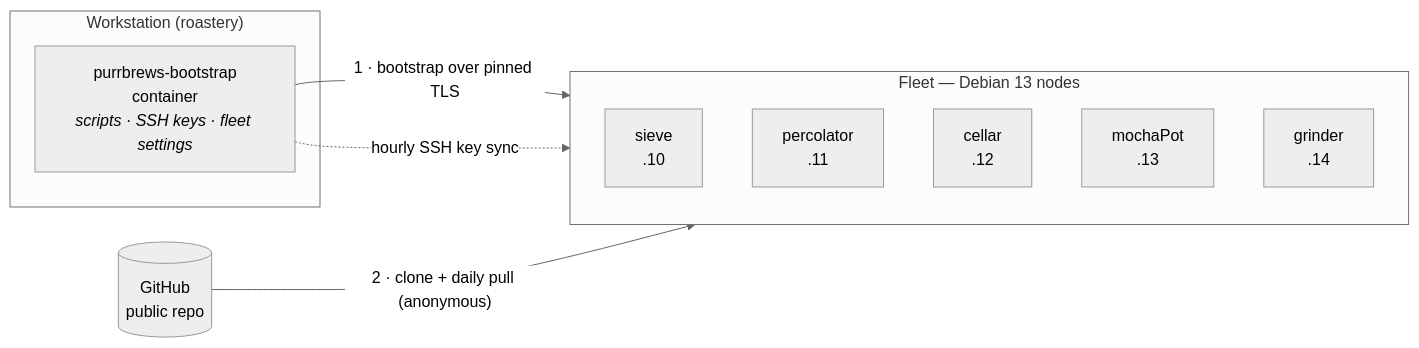
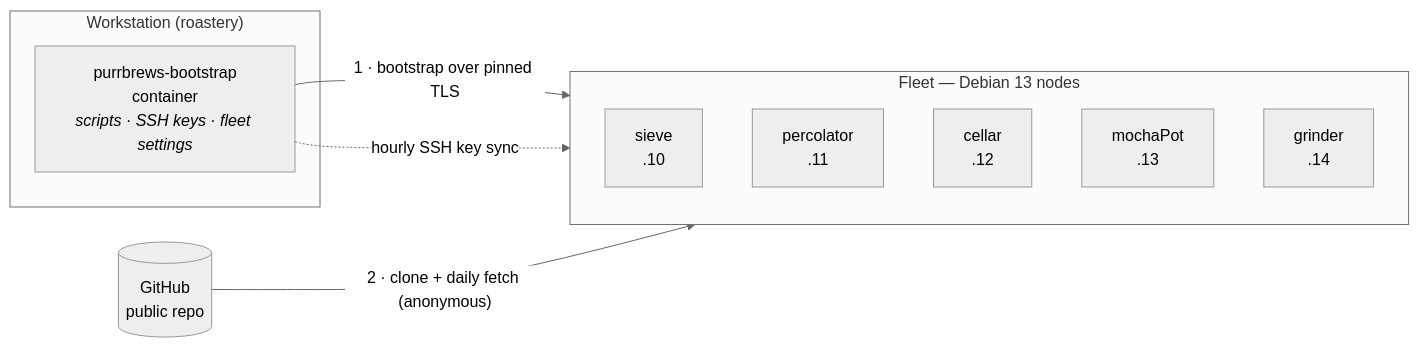
One commit to purrMonster/purrbrews-containers changed the diagram in README.md. Above: the diagram before and after it, drawn with Mermaid (neutral theme). The commit also changed other lines of this file and 26 other files, not shown here.

````diff
--- a/README.md
+++ b/README.md
@@ -23,17 +23,17 @@
 ```mermaid
 flowchart LR
     subgraph ws["Workstation (roastery)"]
         B["purrbrews-bootstrap<br/>container<br/><i>scripts · SSH keys · fleet settings</i>"]
     end
     GH[("GitHub<br/>public repo")]
     subgraph fleet["Fleet — Debian 13 nodes"]
         N1["sieve<br/>.10"]
         N2["percolator<br/>.11"]
         N3["cellar<br/>.12"]
         N4["mochaPot<br/>.13"]
         N5["grinder<br/>.14"]
     end
     B -- "1 · bootstrap over pinned TLS" --> fleet
-    GH -- "2 · clone + daily pull (anonymous)" --> fleet
+    GH -- "2 · clone + daily fetch (anonymous)" --> fleet
     B -. "hourly SSH key sync" .-> fleet
 ```
````
